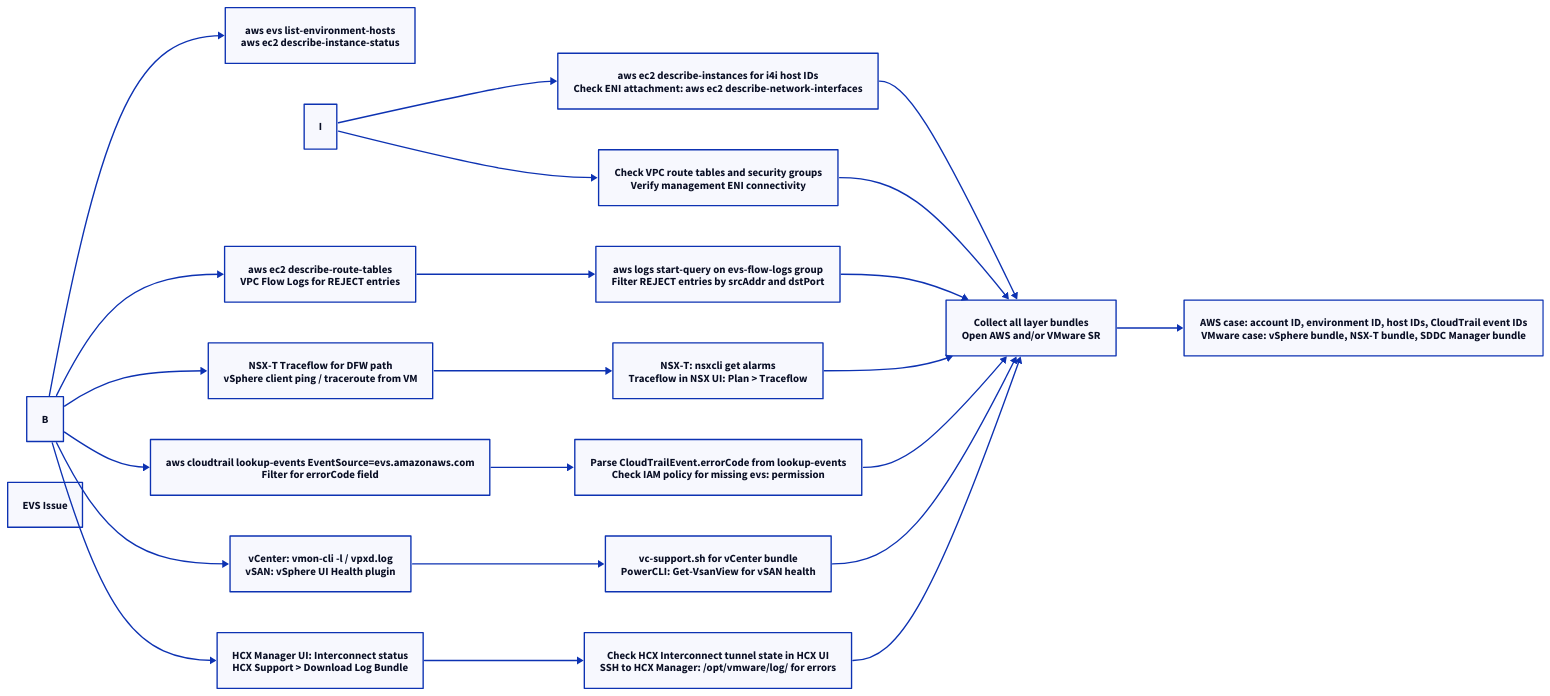
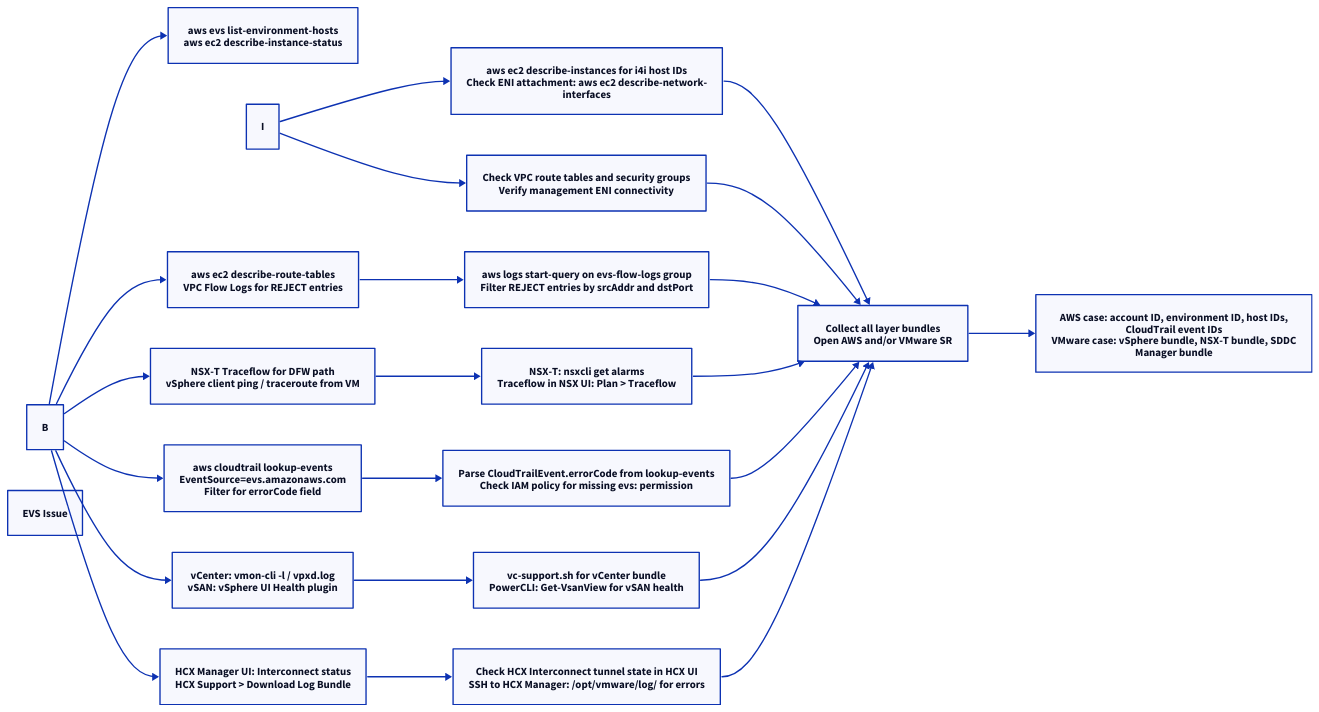
The first of 2 diagrams in docs/cloud/aws/evs/troubleshooting/diagnostics.md (canast01/chris-kb), drawn with D2 before and after one commit. The commit also changed other lines of this file and 192 other files, not shown here.

````diff
--- a/docs/cloud/aws/evs/troubleshooting/diagnostics.md
+++ b/docs/cloud/aws/evs/troubleshooting/diagnostics.md
@@ -18,44 +18,44 @@
 ```d2
 direction: right
 
 B: "B" {shape: rectangle}
 C: "aws evs list-environment-hosts\naws ec2 describe-instance-status" {shape: rectangle}
 D: "aws ec2 describe-route-tables\nVPC Flow Logs for REJECT entries" {shape: rectangle}
 E: "NSX-T Traceflow for DFW path\nvSphere client ping / traceroute from VM" {shape: rectangle}
-F: "aws cloudtrail lookup-events EventSource=evs.amazonaws.com\nFilter for errorCode field" {shape: rectangle}
+F: "aws cloudtrail lookup-events\nEventSource=evs.amazonaws.com\nFilter for errorCode field" {shape: rectangle}
 G: "vCenter: vmon-cli -l / vpxd.log\nvSAN: vSphere UI Health plugin" {shape: rectangle}
 H: "HCX Manager UI: Interconnect status\nHCX Support > Download Log Bundle" {shape: rectangle}
 I: "I" {shape: rectangle}
-J: "aws ec2 describe-instances for i4i host IDs\nCheck ENI attachment: aws ec2 describe-network-interfaces" {shape: rectangle}
+J: "aws ec2 describe-instances for i4i host IDs\nCheck ENI attachment: aws ec2 describe-network-\ninterfaces" {shape: rectangle}
 K: "Check VPC route tables and security groups\nVerify management ENI connectivity" {shape: rectangle}
 L: "aws logs start-query on evs-flow-logs group\nFilter REJECT entries by srcAddr and dstPort" {shape: rectangle}
 M: "NSX-T: nsxcli get alarms\nTraceflow in NSX UI: Plan > Traceflow" {shape: rectangle}
 N: "Parse CloudTrailEvent.errorCode from lookup-events\nCheck IAM policy for missing evs: permission" {shape: rectangle}
 O: "vc-support.sh for vCenter bundle\nPowerCLI: Get-VsanView for vSAN health" {shape: rectangle}
 P: "Check HCX Interconnect tunnel state in HCX UI\nSSH to HCX Manager: /opt/vmware/log/ for errors" {shape: rectangle}
 Q: "Collect all layer bundles\nOpen AWS and/or VMware SR" {shape: rectangle}
-R: "AWS case: account ID, environment ID, host IDs, CloudTrail event IDs\nVMware case: vSphere bundle, NSX-T bundle, SDDC Manager bundle" {shape: rectangle}
+R: "AWS case: account ID, environment ID, host IDs,\nCloudTrail event IDs\nVMware case: vSphere bundle, NSX-T bundle, SDDC\nManager bundle" {shape: rectangle}
 A: "EVS Issue" {shape: rectangle}
 
 B -> C
 B -> D
 B -> E
 B -> F
 B -> G
 B -> H
 I -> J
 I -> K
 D -> L
 E -> M
 F -> N
 G -> O
 H -> P
 J -> Q
 K -> Q
 L -> Q
 M -> Q
 N -> Q
 O -> Q
 P -> Q
 Q -> R
 ```
````
